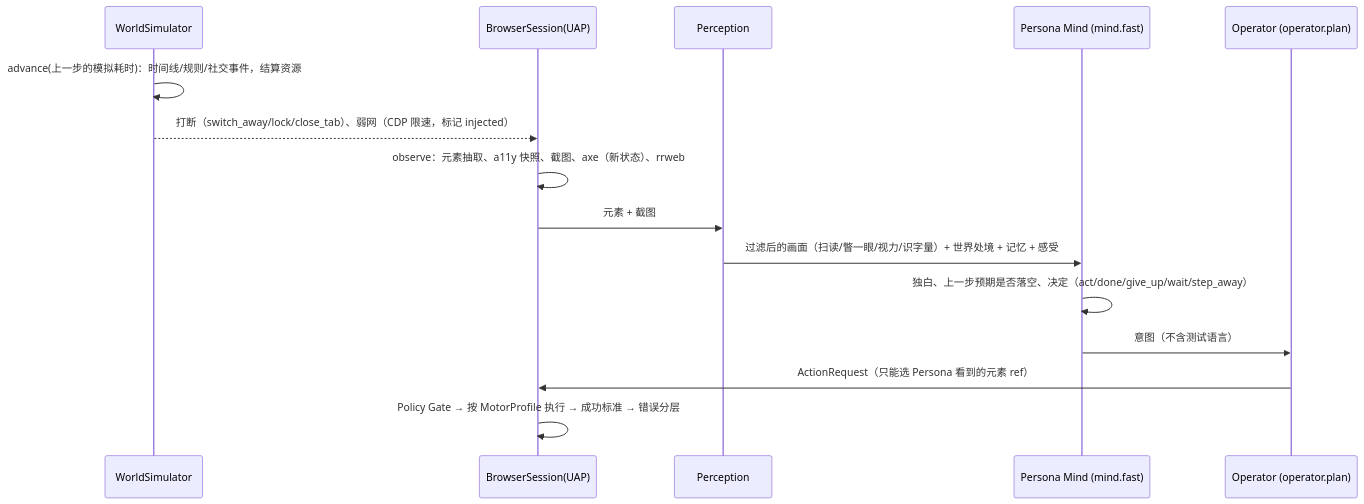
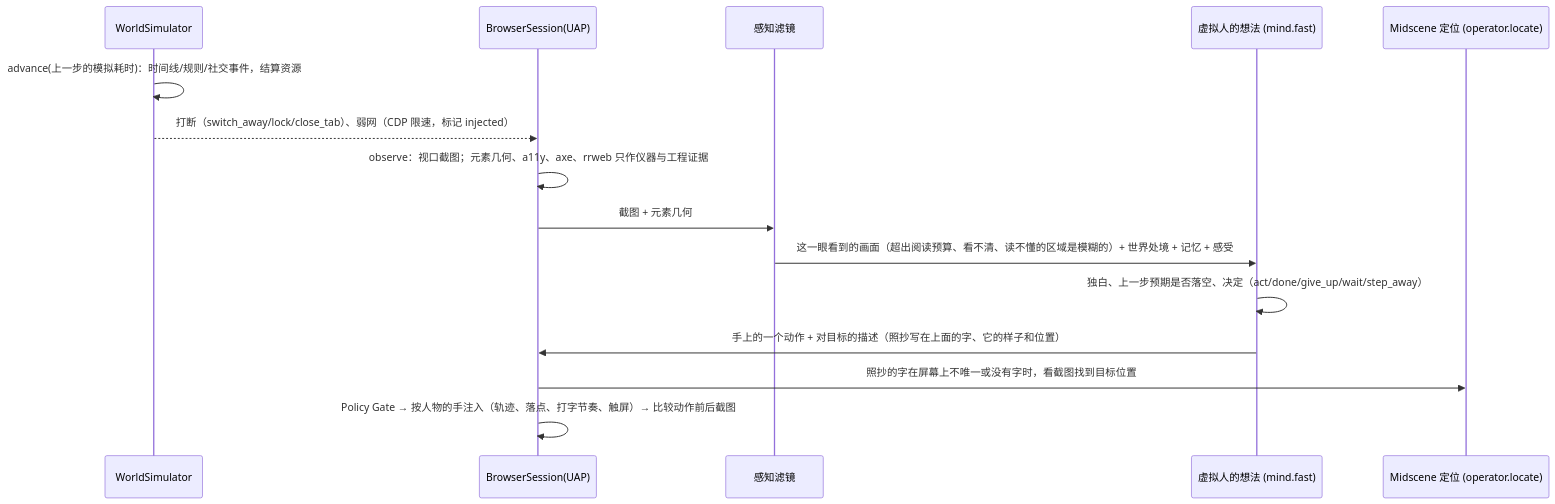
One commit to PlutoKeating/Project.Jobs changed the diagram in docs/ARCHITECTURE.md. Above: the diagram before and after it, drawn with Mermaid. The commit also changed other lines of this file and 15 other files, not shown here.

````diff
--- a/docs/ARCHITECTURE.md
+++ b/docs/ARCHITECTURE.md
@@ -41,17 +41,17 @@
 ```mermaid
 sequenceDiagram
   participant W as WorldSimulator
   participant B as BrowserSession(UAP)
-  participant P as Perception
-  participant M as Persona Mind (mind.fast)
-  participant O as Operator (operator.plan)
+  participant P as 感知滤镜
+  participant M as 虚拟人的想法 (mind.fast)
+  participant L as Midscene 定位 (operator.locate)
   W->>W: advance(上一步的模拟耗时)：时间线/规则/社交事件，结算资源
   W-->>B: 打断（switch_away/lock/close_tab）、弱网（CDP 限速，标记 injected）
-  B->>B: observe：元素抽取、a11y 快照、截图、axe（新状态）、rrweb
-  B->>P: 元素 + 截图
-  P->>M: 过滤后的画面（扫读/瞥一眼/视力/识字量）+ 世界处境 + 记忆 + 感受
+  B->>B: observe：视口截图；元素几何、a11y、axe、rrweb 只作仪器与工程证据
+  B->>P: 截图 + 元素几何
+  P->>M: 这一眼看到的画面（超出阅读预算、看不清、读不懂的区域是模糊的）+ 世界处境 + 记忆 + 感受
   M->>M: 独白、上一步预期是否落空、决定（act/done/give_up/wait/step_away）
-  M->>O: 意图（不含测试语言）
-  O->>B: ActionRequest（只能选 Persona 看到的元素 ref）
-  B->>B: Policy Gate → 按 MotorProfile 执行 → 成功标准 → 错误分层
+  M->>B: 手上的一个动作 + 对目标的描述（照抄写在上面的字、它的样子和位置）
+  B->>L: 照抄的字在屏幕上不唯一或没有字时，看截图找到目标位置
+  B->>B: Policy Gate → 按人物的手注入（轨迹、落点、打字节奏、触屏）→ 比较动作前后截图
 ```
````
